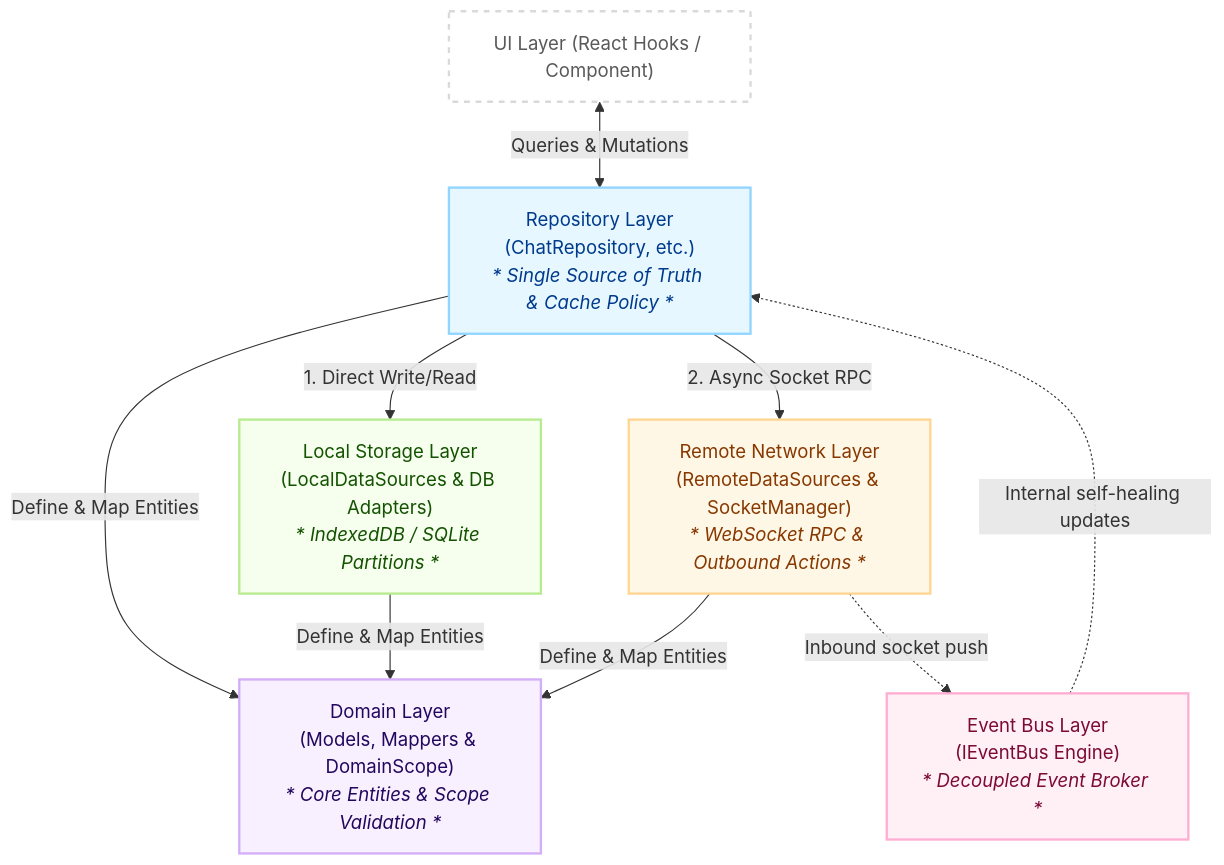
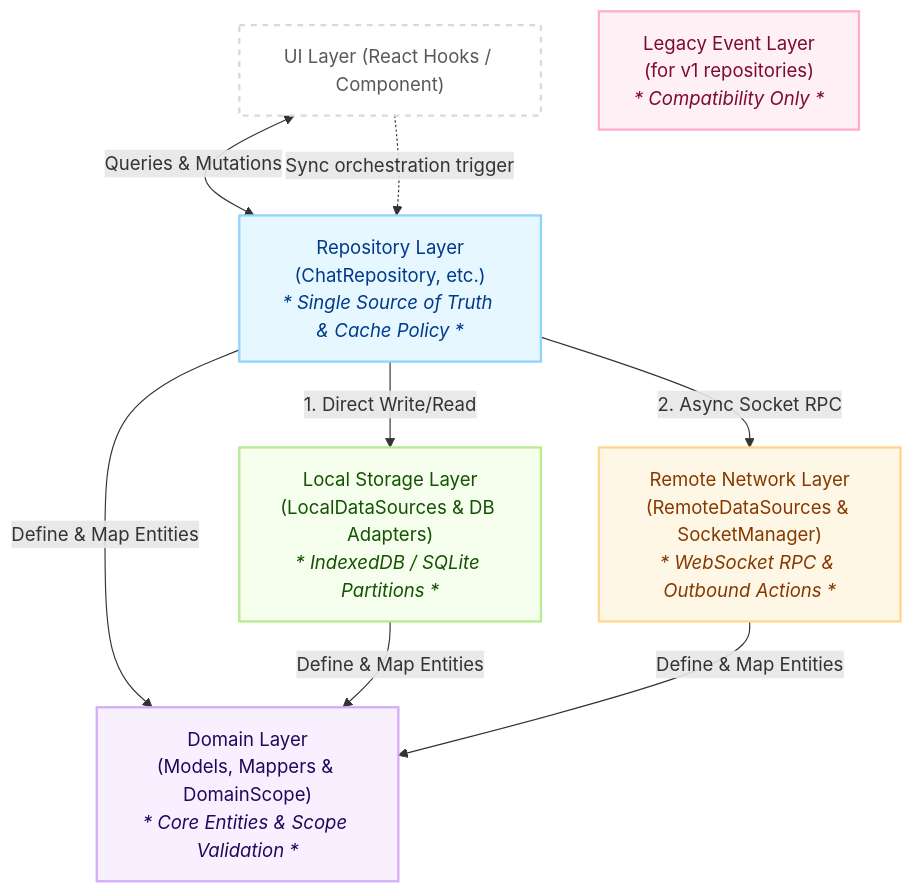
Before and after one commit to lemoncloud-io/dou-app: the first of 5 diagrams in libs/data/README.md, drawn with Mermaid. The commit also changed other lines of this file and 2 other files, not shown here.

Commit message:
docs: update READMEs and network-layer.md for data layer changes

````diff
--- a/libs/data/README.md
+++ b/libs/data/README.md
@@ -28,36 +28,35 @@
 ```mermaid
 flowchart TD
     %% Styling
     classDef repository fill:#e6f7ff,stroke:#91d5ff,stroke-width:2px,color:#003a8c;
     classDef local fill:#f6ffed,stroke:#b7eb8f,stroke-width:2px,color:#135200;
     classDef remote fill:#fff7e6,stroke:#ffd591,stroke-width:2px,color:#873800;
     classDef domain fill:#f9f0ff,stroke:#d3adf7,stroke-width:2px,color:#22075e;
     classDef events fill:#fff0f6,stroke:#ffadd2,stroke-width:2px,color:#7c0a35;
     classDef ui fill:#ffffff,stroke:#d9d9d9,stroke-width:2px,color:#595959,stroke-dasharray: 5 5;
 
     %% Elements
     UI["UI Layer (React Hooks / Component)"]:::ui
 
     Repo["Repository Layer<br/>(ChatRepository, etc.)<br/><i>* Single Source of Truth & Cache Policy *</i>"]:::repository
 
     Local["Local Storage Layer<br/>(LocalDataSources & DB Adapters)<br/><i>* IndexedDB / SQLite Partitions *</i>"]:::local
 
     Remote["Remote Network Layer<br/>(RemoteDataSources & SocketManager)<br/><i>* WebSocket RPC & Outbound Actions *</i>"]:::remote
 
-    EventBus["Event Bus Layer<br/>(IEventBus Engine)<br/><i>* Decoupled Event Broker *</i>"]:::events
+    EventBus["Legacy Event Layer<br/>(for v1 repositories)<br/><i>* Compatibility Only *</i>"]:::events
 
     Domain["Domain Layer<br/>(Models, Mappers & DomainScope)<br/><i>* Core Entities & Scope Validation *</i>"]:::domain
 
     %% Simple, Linear Flow
     UI <-->|Queries & Mutations| Repo
 
     Repo -->|1. Direct Write/Read| Local
     Repo -->|2. Async Socket RPC| Remote
 
     %% Event loop (Asynchronous Feedback Loop)
-    Remote -.->|Inbound socket push| EventBus
-    EventBus -.->|Internal self-healing updates| Repo
+    UI -.->|Sync orchestration trigger| Repo
 
     %% Base foundation
     Repo & Local & Remote -->|Define & Map Entities| Domain
 ```
````
